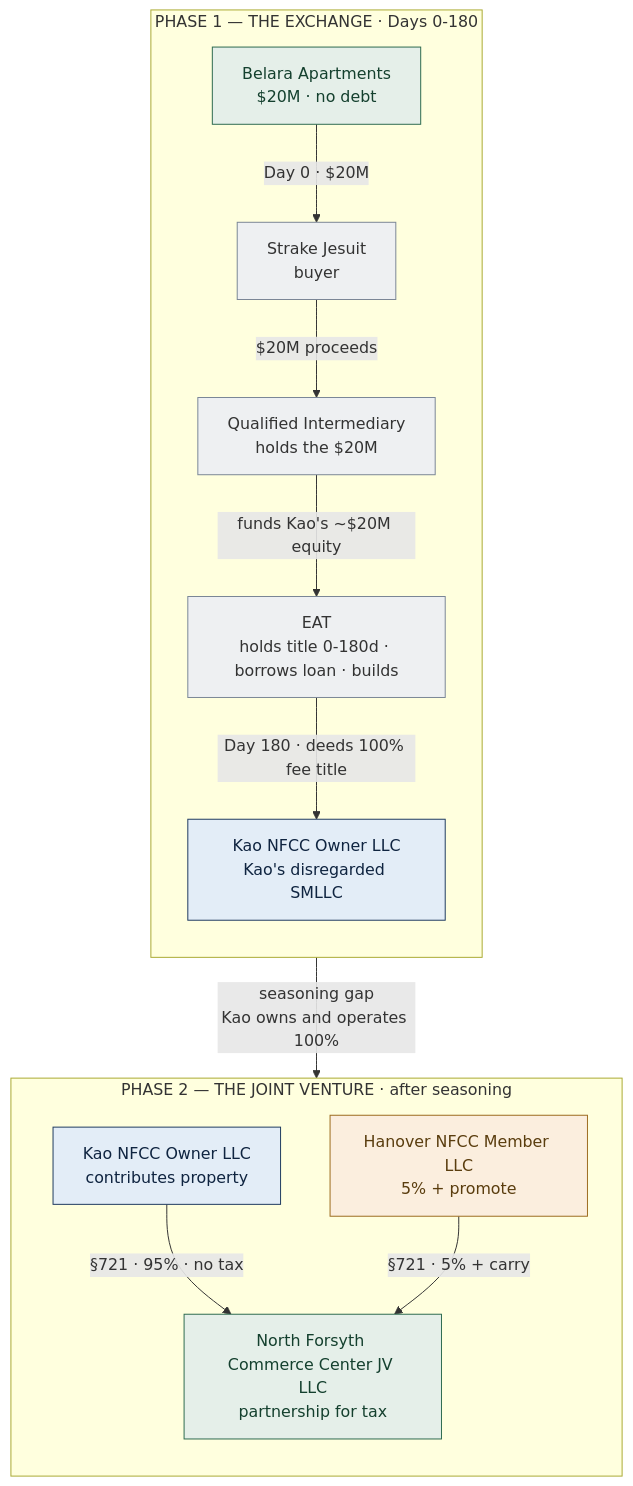
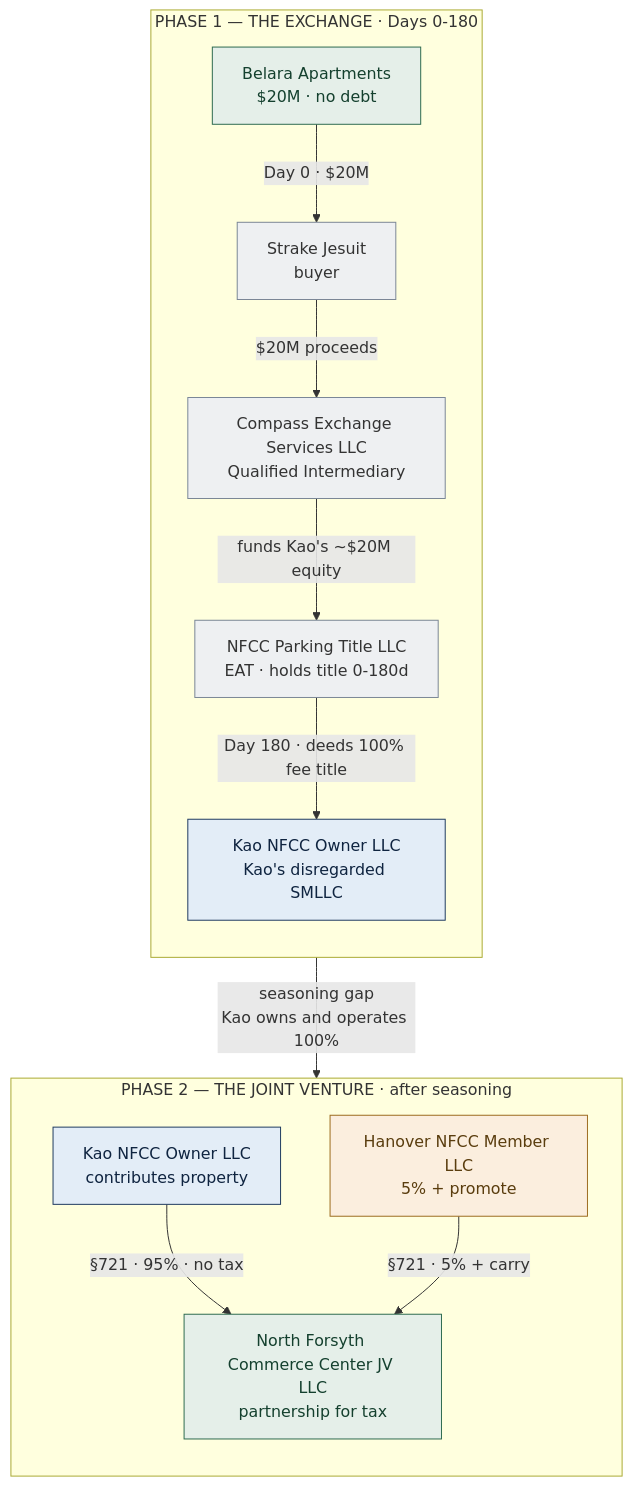
One commit to EthanCow/North-Forsyth-1031-Diagrams changed the first of 7 diagrams in North_Forsyth_1031_Diagrams.md. Above: the diagram before and after it, drawn with Mermaid. The commit also changed other lines of this file and 1 other file, not shown here.

First line of the commit message:
Restore flowcharts and add per-party diagrams; fix strikethrough

````diff
--- a/North_Forsyth_1031_Diagrams.md
+++ b/North_Forsyth_1031_Diagrams.md
@@ -28,28 +30,28 @@
 ```mermaid
 flowchart TB
   subgraph P1["PHASE 1 — THE EXCHANGE · Days 0-180"]
     direction TB
     Belara["Belara Apartments<br/>$20M · no debt"]:::asset
     Strake["Strake Jesuit<br/>buyer"]:::neutral
-    QI["Qualified Intermediary<br/>holds the $20M"]:::neutral
-    EAT["EAT<br/>holds title 0-180d · borrows loan · builds"]:::neutral
+    QI["Compass Exchange Services LLC<br/>Qualified Intermediary"]:::neutral
+    EAT["NFCC Parking Title LLC<br/>EAT · holds title 0-180d"]:::neutral
     KaoLLC["Kao NFCC Owner LLC<br/>Kao's disregarded SMLLC"]:::kao
     Belara -->|"Day 0 · $20M"| Strake
     Strake -->|"$20M proceeds"| QI
     QI -->|"funds Kao's ~$20M equity"| EAT
     EAT -->|"Day 180 · deeds 100% fee title"| KaoLLC
   end
   subgraph P2["PHASE 2 — THE JOINT VENTURE · after seasoning"]
     direction TB
     KaoLLC2["Kao NFCC Owner LLC<br/>contributes property"]:::kao
     HanMem["Hanover NFCC Member LLC<br/>5% + promote"]:::han
     JV["North Forsyth Commerce Center JV LLC<br/>partnership for tax"]:::asset
     KaoLLC2 -->|"§721 · 95% · no tax"| JV
     HanMem -->|"§721 · 5% + carry"| JV
   end
   KaoLLC -->|"seasoning gap<br/>Kao owns and operates 100%"| KaoLLC2
   classDef kao fill:#e3edf7,stroke:#1f3a5f,color:#0f2440;
   classDef han fill:#fbeede,stroke:#9c6b1e,color:#5a3d0e;
   classDef neutral fill:#eef0f2,stroke:#7a8696,color:#333;
   classDef asset fill:#e5efe9,stroke:#2d6a4f,color:#14402e;
 ```
````
